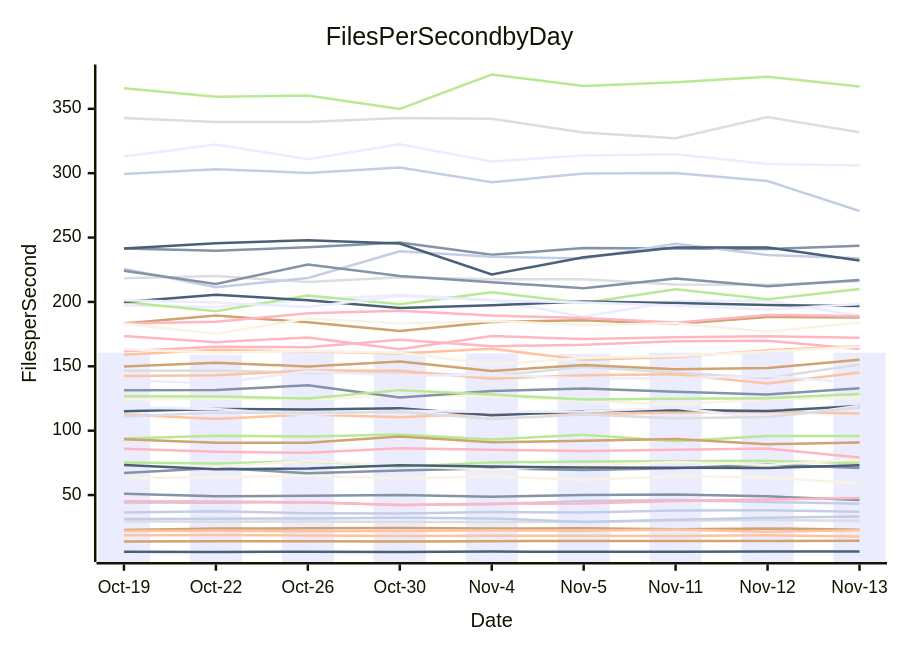
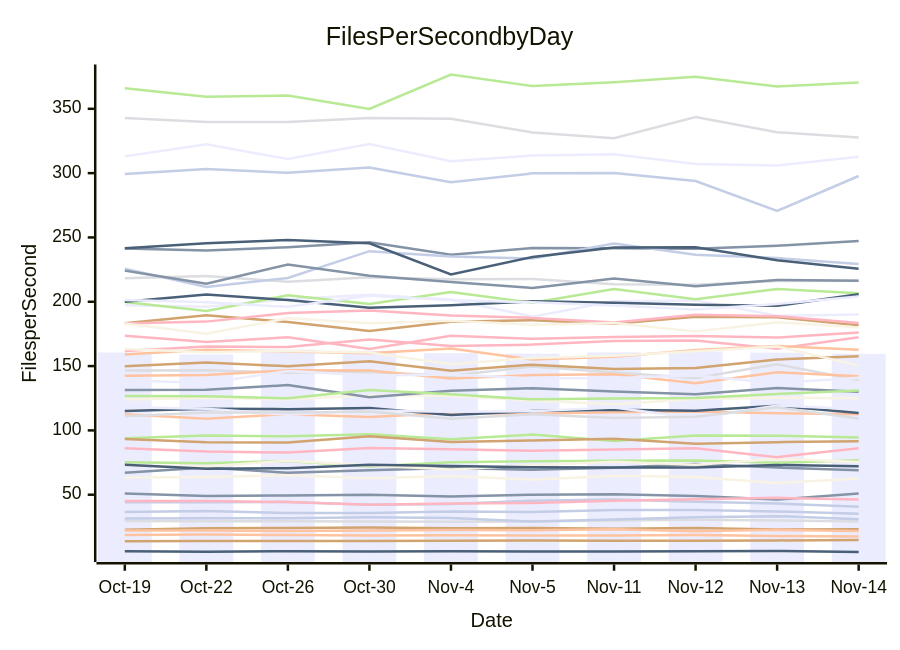
The diagram in perf-report.md (streetsidesoftware/cspell), drawn with Mermaid before and after one commit. The commit also changed other lines of this file and 1 other file, not shown here.

````diff
--- a/perf-report.md
+++ b/perf-report.md
@@ -10,57 +10,57 @@
 ```mermaid
 xychart-beta
     title Files Per Second by Day
     y-axis Files per Second
-    x-axis Date [Oct-19, Oct-22, Oct-26, Oct-30, Nov-4, Nov-5, Nov-11, Nov-12, Nov-13]
-    bar [160.58, 159.03, 162.88, 161.94, 160.02, 159.72, 160.65, 161.35, 160.47]
-    line [50.97, 49.03, 49.37, 49.99, 48.68, 50.03, 50.42, 49.00, 46.22]
-    line [112.56, 109.04, 112.63, 110.40, 113.53, 112.85, 114.15, 114.65, 113.36]
-    line [146.50, 146.67, 144.85, 145.45, 142.42, 149.63, 145.08, 140.78, 151.35]
-    line [93.97, 96.00, 95.45, 97.05, 93.17, 96.79, 91.80, 95.95, 95.87]
-    line [22.78, 23.92, 24.17, 24.43, 23.95, 24.20, 23.49, 24.08, 23.00]
-    line [36.49, 37.33, 35.82, 35.71, 36.86, 36.50, 38.05, 38.19, 36.99]
-    line [161.71, 165.23, 164.80, 170.61, 165.61, 166.70, 169.45, 169.81, 163.46]
-    line [6.02, 5.75, 6.03, 5.80, 6.05, 5.91, 5.92, 6.05, 6.23]
-    line [63.29, 63.79, 65.07, 62.75, 64.51, 61.69, 64.67, 63.79, 59.02]
-    line [197.32, 196.05, 201.96, 205.39, 201.71, 188.42, 200.46, 201.07, 189.10]
-    line [67.05, 71.08, 67.00, 69.09, 70.86, 69.37, 70.88, 73.81, 71.09]
-    line [18.69, 19.00, 18.63, 18.25, 18.44, 18.38, 18.23, 18.67, 17.83]
-    line [29.58, 29.31, 29.41, 29.14, 29.07, 29.19, 29.96, 30.60, 29.98]
-    line [75.28, 74.51, 76.18, 72.03, 75.21, 76.09, 76.34, 76.58, 74.79]
-    line [93.37, 90.70, 90.60, 95.53, 91.04, 92.11, 93.46, 89.53, 90.84]
-    line [44.15, 44.08, 44.42, 42.24, 42.88, 45.37, 46.20, 44.50, 43.23]
-    line [173.59, 168.67, 172.42, 163.25, 173.61, 171.18, 172.63, 173.35, 172.14]
-    line [115.01, 116.88, 116.53, 117.43, 111.89, 115.01, 116.13, 115.22, 119.08]
-    line [123.99, 125.15, 124.19, 127.28, 126.86, 123.18, 120.25, 124.45, 125.35]
-    line [118.00, 116.85, 112.16, 115.50, 114.45, 114.87, 117.85, 109.38, 119.29]
-    line [131.49, 131.59, 135.21, 125.70, 130.73, 132.76, 130.23, 128.16, 133.01]
-    line [22.11, 22.28, 21.78, 22.12, 22.59, 22.34, 23.16, 21.54, 22.68]
-    line [342.86, 339.81, 339.82, 342.79, 342.26, 331.64, 327.21, 343.58, 331.81]
-    line [199.89, 192.85, 204.98, 198.27, 207.58, 199.26, 209.84, 202.01, 209.99]
-    line [149.81, 152.74, 149.93, 153.73, 146.39, 151.10, 147.79, 148.60, 155.08]
-    line [299.41, 303.13, 300.22, 304.34, 292.89, 299.81, 300.08, 293.90, 270.62]
-    line [45.18, 45.07, 44.31, 42.25, 43.22, 43.49, 45.34, 46.46, 47.61]
-    line [199.93, 205.59, 201.31, 195.27, 197.35, 200.31, 199.19, 197.63, 196.85]
-    line [72.64, 71.96, 76.44, 72.80, 69.62, 72.93, 75.62, 73.39, 77.86]
-    line [201.34, 199.55, 196.07, 204.60, 201.12, 199.63, 197.18, 194.05, 198.31]
-    line [241.48, 239.78, 242.41, 246.20, 236.64, 241.81, 241.59, 241.14, 243.55]
-    line [158.95, 162.77, 161.40, 160.02, 163.60, 155.05, 157.20, 162.55, 165.62]
-    line [218.31, 220.10, 215.49, 219.14, 217.54, 217.64, 213.57, 213.32, 216.11]
-    line [126.74, 126.46, 125.04, 131.49, 128.05, 124.13, 124.73, 125.27, 128.39]
-    line [183.26, 189.47, 184.23, 177.36, 184.49, 185.72, 182.94, 188.28, 187.98]
-    line [225.66, 211.47, 218.53, 239.32, 235.17, 233.67, 245.24, 236.50, 233.98]
-    line [183.18, 184.56, 191.17, 193.23, 189.38, 187.47, 183.93, 189.93, 188.83]
-    line [73.27, 70.11, 70.57, 73.22, 72.23, 71.32, 71.25, 71.08, 73.06]
-    line [183.04, 175.20, 187.18, 183.23, 185.22, 182.14, 183.42, 176.89, 184.07]
-    line [313.03, 322.37, 310.93, 322.55, 309.17, 313.73, 314.69, 307.18, 306.00]
-    line [224.21, 213.97, 229.01, 220.21, 215.36, 210.66, 218.14, 212.13, 216.95]
-    line [142.44, 143.06, 146.69, 146.59, 140.40, 143.02, 143.74, 136.69, 145.20]
-    line [111.02, 113.95, 113.80, 114.69, 109.15, 112.48, 109.72, 110.55, 118.02]
-    line [365.93, 359.34, 360.33, 349.95, 376.67, 367.68, 370.64, 374.87, 367.41]
-    line [13.81, 14.01, 14.02, 13.97, 14.18, 14.33, 14.26, 14.23, 14.49]
-    line [31.44, 31.67, 31.78, 32.41, 31.83, 29.14, 30.76, 32.43, 33.35]
-    line [86.03, 83.62, 82.78, 86.40, 85.26, 84.18, 85.13, 86.07, 79.22]
-    line [241.58, 245.56, 247.95, 245.41, 221.31, 234.75, 242.27, 242.37, 232.19]
-    line [163.29, 160.80, 161.82, 160.48, 151.46, 156.36, 158.02, 161.56, 165.28]
-    line [139.08, 136.76, 146.14, 142.74, 143.48, 140.52, 140.72, 142.75, 136.72]
+    x-axis Date [Oct-19, Oct-22, Oct-26, Oct-30, Nov-4, Nov-5, Nov-11, Nov-12, Nov-13, Nov-14]
+    bar [160.58, 159.03, 162.88, 161.94, 160.02, 159.72, 160.65, 161.35, 160.47, 159.54]
+    line [50.97, 49.03, 49.37, 49.99, 48.68, 50.03, 50.42, 49.00, 46.22, 50.88]
+    line [112.56, 109.04, 112.63, 110.40, 113.53, 112.85, 114.15, 114.65, 113.36, 112.62]
+    line [146.50, 146.67, 144.85, 145.45, 142.42, 149.63, 145.08, 140.78, 151.35, 139.20]
+    line [93.97, 96.00, 95.45, 97.05, 93.17, 96.79, 91.80, 95.95, 95.87, 94.48]
+    line [22.78, 23.92, 24.17, 24.43, 23.95, 24.20, 23.49, 24.08, 23.00, 23.06]
+    line [36.49, 37.33, 35.82, 35.71, 36.86, 36.50, 38.05, 38.19, 36.99, 35.25]
+    line [161.71, 165.23, 164.80, 170.61, 165.61, 166.70, 169.45, 169.81, 163.46, 172.46]
+    line [6.02, 5.75, 6.03, 5.80, 6.05, 5.91, 5.92, 6.05, 6.23, 5.47]
+    line [63.29, 63.79, 65.07, 62.75, 64.51, 61.69, 64.67, 63.79, 59.02, 62.70]
+    line [197.32, 196.05, 201.96, 205.39, 201.71, 188.42, 200.46, 201.07, 189.10, 190.06]
+    line [67.05, 71.08, 67.00, 69.09, 70.86, 69.37, 70.88, 73.81, 71.09, 69.11]
+    line [18.69, 19.00, 18.63, 18.25, 18.44, 18.38, 18.23, 18.67, 17.83, 17.56]
+    line [29.58, 29.31, 29.41, 29.14, 29.07, 29.19, 29.96, 30.60, 29.98, 29.13]
+    line [75.28, 74.51, 76.18, 72.03, 75.21, 76.09, 76.34, 76.58, 74.79, 76.80]
+    line [93.37, 90.70, 90.60, 95.53, 91.04, 92.11, 93.46, 89.53, 90.84, 91.64]
+    line [44.15, 44.08, 44.42, 42.24, 42.88, 45.37, 46.20, 44.50, 43.23, 40.60]
+    line [173.59, 168.67, 172.42, 163.25, 173.61, 171.18, 172.63, 173.35, 172.14, 176.09]
+    line [115.01, 116.88, 116.53, 117.43, 111.89, 115.01, 116.13, 115.22, 119.08, 113.54]
+    line [123.99, 125.15, 124.19, 127.28, 126.86, 123.18, 120.25, 124.45, 125.35, 124.99]
+    line [118.00, 116.85, 112.16, 115.50, 114.45, 114.87, 117.85, 109.38, 119.29, 116.46]
+    line [131.49, 131.59, 135.21, 125.70, 130.73, 132.76, 130.23, 128.16, 133.01, 129.97]
+    line [22.11, 22.28, 21.78, 22.12, 22.59, 22.34, 23.16, 21.54, 22.68, 21.85]
+    line [342.86, 339.81, 339.82, 342.79, 342.26, 331.64, 327.21, 343.58, 331.81, 327.76]
+    line [199.89, 192.85, 204.98, 198.27, 207.58, 199.26, 209.84, 202.01, 209.99, 206.66]
+    line [149.81, 152.74, 149.93, 153.73, 146.39, 151.10, 147.79, 148.60, 155.08, 157.59]
+    line [299.41, 303.13, 300.22, 304.34, 292.89, 299.81, 300.08, 293.90, 270.62, 297.75]
+    line [45.18, 45.07, 44.31, 42.25, 43.22, 43.49, 45.34, 46.46, 47.61, 46.36]
+    line [199.93, 205.59, 201.31, 195.27, 197.35, 200.31, 199.19, 197.63, 196.85, 205.77]
+    line [72.64, 71.96, 76.44, 72.80, 69.62, 72.93, 75.62, 73.39, 77.86, 75.46]
+    line [201.34, 199.55, 196.07, 204.60, 201.12, 199.63, 197.18, 194.05, 198.31, 204.17]
+    line [241.48, 239.78, 242.41, 246.20, 236.64, 241.81, 241.59, 241.14, 243.55, 247.17]
+    line [158.95, 162.77, 161.40, 160.02, 163.60, 155.05, 157.20, 162.55, 165.62, 162.61]
+    line [218.31, 220.10, 215.49, 219.14, 217.54, 217.64, 213.57, 213.32, 216.11, 216.43]
+    line [126.74, 126.46, 125.04, 131.49, 128.05, 124.13, 124.73, 125.27, 128.39, 131.06]
+    line [183.26, 189.47, 184.23, 177.36, 184.49, 185.72, 182.94, 188.28, 187.98, 181.73]
+    line [225.66, 211.47, 218.53, 239.32, 235.17, 233.67, 245.24, 236.50, 233.98, 229.39]
+    line [183.18, 184.56, 191.17, 193.23, 189.38, 187.47, 183.93, 189.93, 188.83, 183.53]
+    line [73.27, 70.11, 70.57, 73.22, 72.23, 71.32, 71.25, 71.08, 73.06, 72.16]
+    line [183.04, 175.20, 187.18, 183.23, 185.22, 182.14, 183.42, 176.89, 184.07, 179.92]
+    line [313.03, 322.37, 310.93, 322.55, 309.17, 313.73, 314.69, 307.18, 306.00, 312.70]
+    line [224.21, 213.97, 229.01, 220.21, 215.36, 210.66, 218.14, 212.13, 216.95, 216.28]
+    line [142.44, 143.06, 146.69, 146.59, 140.40, 143.02, 143.74, 136.69, 145.20, 142.11]
+    line [111.02, 113.95, 113.80, 114.69, 109.15, 112.48, 109.72, 110.55, 118.02, 109.29]
+    line [365.93, 359.34, 360.33, 349.95, 376.67, 367.68, 370.64, 374.87, 367.41, 370.51]
+    line [13.81, 14.01, 14.02, 13.97, 14.18, 14.33, 14.26, 14.23, 14.49, 14.71]
+    line [31.44, 31.67, 31.78, 32.41, 31.83, 29.14, 30.76, 32.43, 33.35, 30.87]
+    line [86.03, 83.62, 82.78, 86.40, 85.26, 84.18, 85.13, 86.07, 79.22, 86.18]
+    line [241.58, 245.56, 247.95, 245.41, 221.31, 234.75, 242.27, 242.37, 232.19, 225.67]
+    line [163.29, 160.80, 161.82, 160.48, 151.46, 156.36, 158.02, 161.56, 165.28, 150.34]
+    line [139.08, 136.76, 146.14, 142.74, 143.48, 140.52, 140.72, 142.75, 136.72, 140.92]
 ```
````
